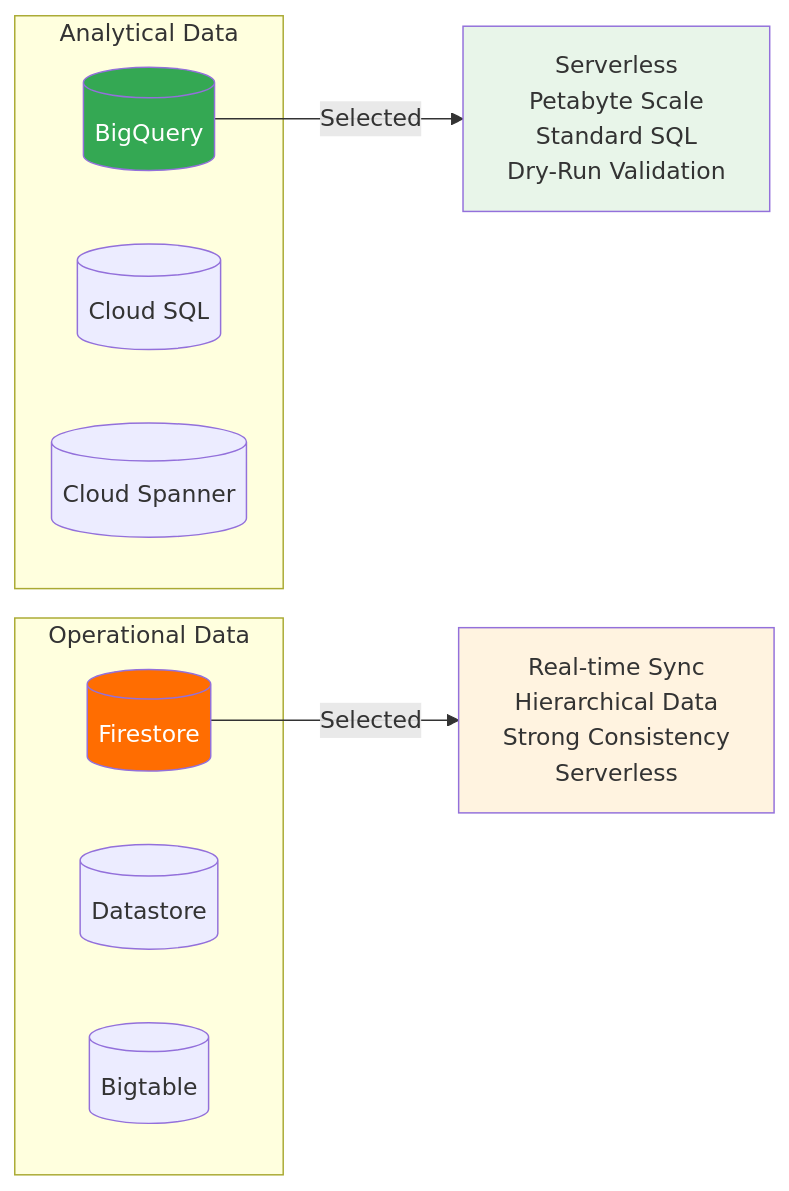
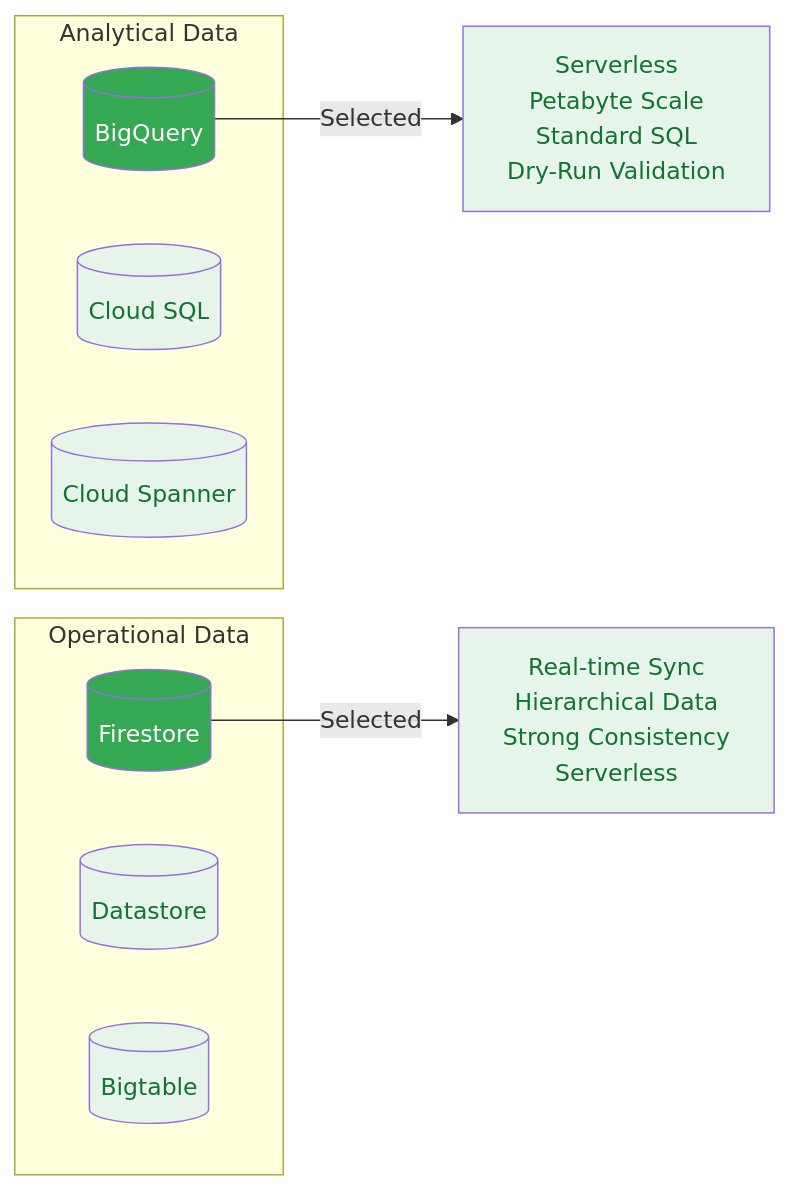
The fourth of 23 diagrams in ARCHITECTURE.md (gadekar-pravin/InsightAgent), drawn with Mermaid before and after one commit. The commit also changed other lines of this file, not shown here.

First line of the commit message:
Implement consistent color theme for all Mermaid diagrams

````diff
--- a/ARCHITECTURE.md
+++ b/ARCHITECTURE.md
@@ -157,22 +181,26 @@
 ```mermaid
 flowchart LR
     subgraph "Analytical Data"
         BQ[(BigQuery)]
         CLOUDSQL[(Cloud SQL)]
         SPANNER[(Cloud Spanner)]
     end
 
     subgraph "Operational Data"
         FS[(Firestore)]
         DATASTORE[(Datastore)]
         BIGTABLE[(Bigtable)]
     end
 
     BQ -->|Selected| WHY_BQ[Serverless<br/>Petabyte Scale<br/>Standard SQL<br/>Dry-Run Validation]
     FS -->|Selected| WHY_FS[Real-time Sync<br/>Hierarchical Data<br/>Strong Consistency<br/>Serverless]
 
     style BQ fill:#34A853,color:#fff
-    style FS fill:#FF6D01,color:#fff
-    style WHY_BQ fill:#E8F5E9
-    style WHY_FS fill:#FFF3E0
+    style CLOUDSQL fill:#E6F4EA,color:#137333
+    style SPANNER fill:#E6F4EA,color:#137333
+    style FS fill:#34A853,color:#fff
+    style DATASTORE fill:#E6F4EA,color:#137333
+    style BIGTABLE fill:#E6F4EA,color:#137333
+    style WHY_BQ fill:#E6F4EA,color:#137333
+    style WHY_FS fill:#E6F4EA,color:#137333
 ```
````
